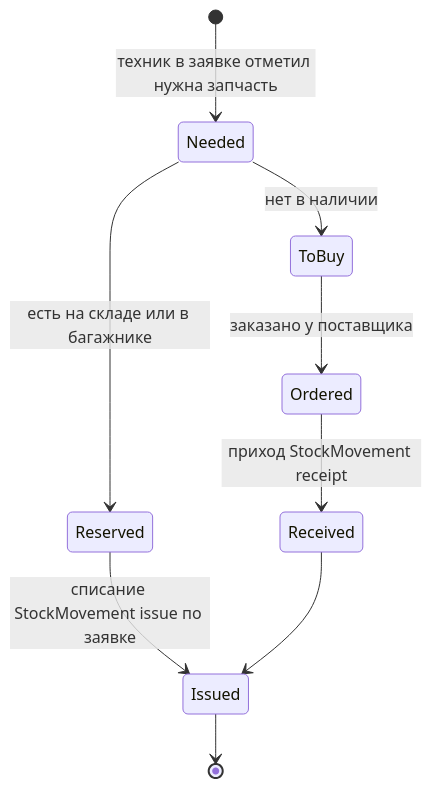
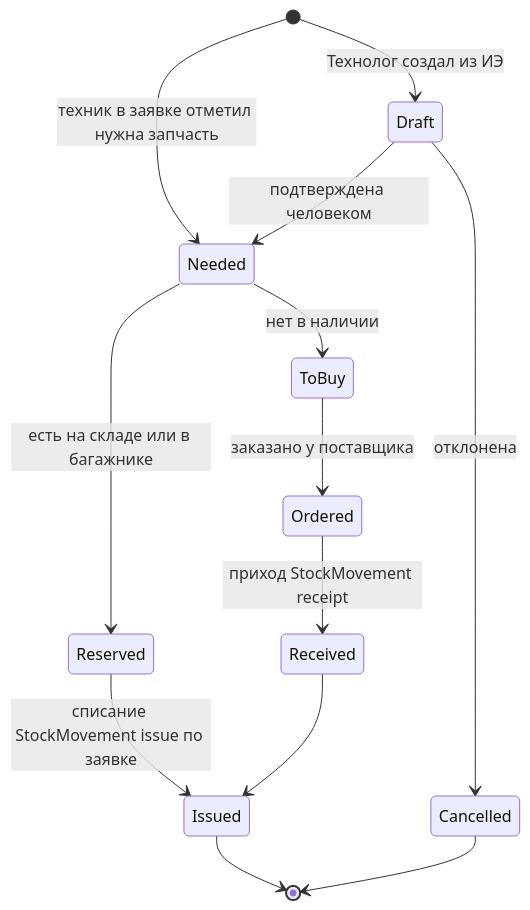
One commit to masterdoc-app/masterdoc changed the fifth of 8 diagrams in TOIR_AI_SYSTEM_DESIGN.md. Above: the diagram before and after it, drawn with Mermaid. The commit also changed other lines of this file, not shown here.

````diff
--- a/TOIR_AI_SYSTEM_DESIGN.md
+++ b/TOIR_AI_SYSTEM_DESIGN.md
@@ -300,11 +323,15 @@
 ```mermaid
 stateDiagram-v2
+  [*] --> Draft: Технолог создал из ИЭ
   [*] --> Needed: техник в заявке отметил нужна запчасть
+  Draft --> Needed: подтверждена человеком
+  Draft --> Cancelled: отклонена
   Needed --> Reserved: есть на складе или в багажнике
   Needed --> ToBuy: нет в наличии
   ToBuy --> Ordered: заказано у поставщика
   Ordered --> Received: приход StockMovement receipt
   Reserved --> Issued: списание StockMovement issue по заявке
   Received --> Issued
   Issued --> [*]
+  Cancelled --> [*]
 ```
````
